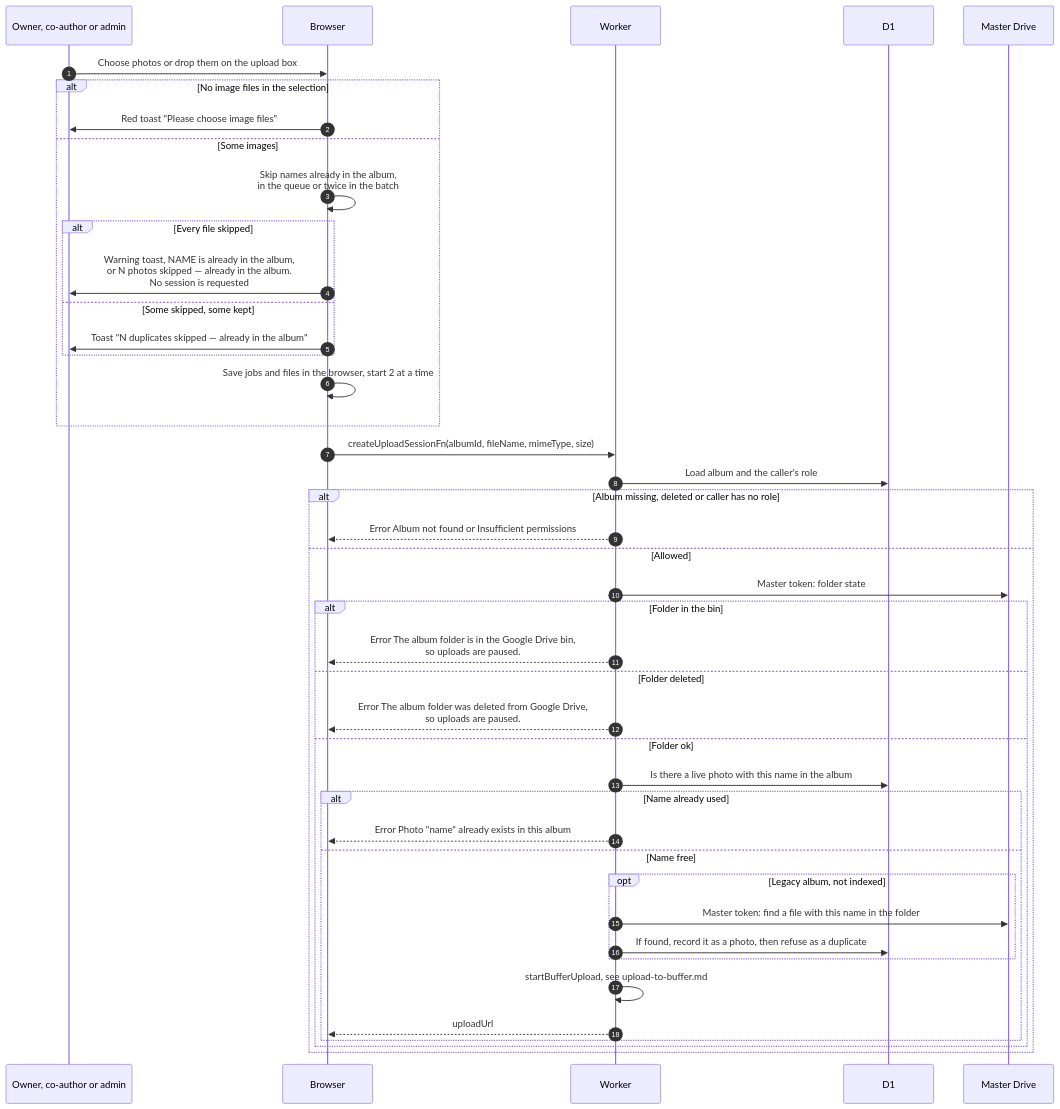
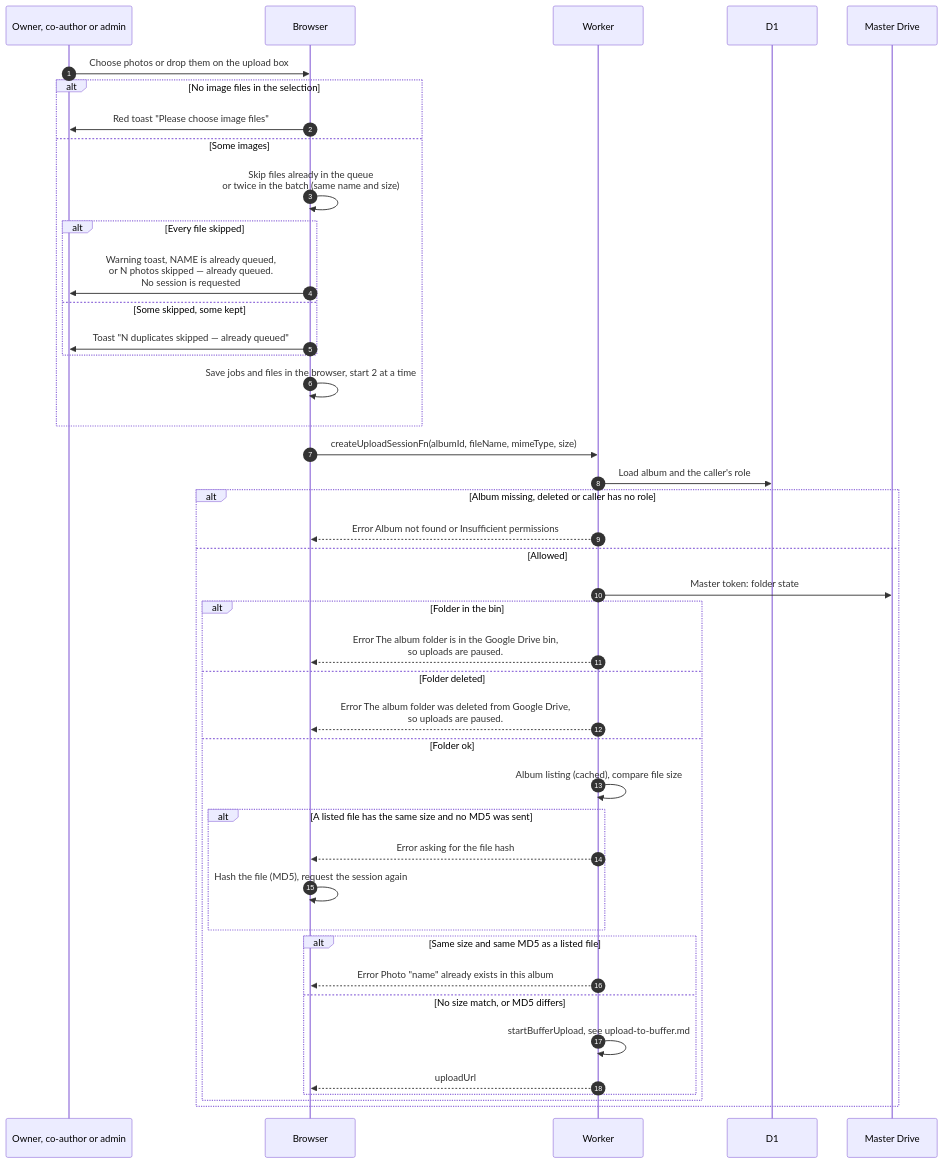
One commit to sagyzdop/meriksirat changed the diagram in docs/scenarios/albums/upload-start.md. Above: the diagram before and after it, drawn with Mermaid. The commit also changed other lines of this file and 11 other files, not shown here.

````diff
--- a/docs/scenarios/albums/upload-start.md
+++ b/docs/scenarios/albums/upload-start.md
@@ -16,45 +16,45 @@
 ```mermaid
 sequenceDiagram
     autonumber
     participant M as Owner, co-author or admin
     participant B as Browser
     participant W as Worker
     participant D as D1
     participant G as Master Drive
     M->>B: Choose photos or drop them on the upload box
     alt No image files in the selection
         B->>M: Red toast "Please choose image files"
     else Some images
-        B->>B: Skip names already in the album,<br/>in the queue or twice in the batch
+        B->>B: Skip files already in the queue<br/>or twice in the batch (same name and size)
         alt Every file skipped
-            B->>M: Warning toast, NAME is already in the album,<br/>or N photos skipped — already in the album.<br/>No session is requested
+            B->>M: Warning toast, NAME is already queued,<br/>or N photos skipped — already queued.<br/>No session is requested
         else Some skipped, some kept
-            B->>M: Toast "N duplicates skipped — already in the album"
+            B->>M: Toast "N duplicates skipped — already queued"
         end
         B->>B: Save jobs and files in the browser, start 2 at a time
     end
     B->>W: createUploadSessionFn(albumId, fileName, mimeType, size)
     W->>D: Load album and the caller's role
     alt Album missing, deleted or caller has no role
         W-->>B: Error Album not found or Insufficient permissions
     else Allowed
         W->>G: Master token: folder state
         alt Folder in the bin
             W-->>B: Error The album folder is in the Google Drive bin,<br/>so uploads are paused.
         else Folder deleted
             W-->>B: Error The album folder was deleted from Google Drive,<br/>so uploads are paused.
         else Folder ok
-            W->>D: Is there a live photo with this name in the album
-            alt Name already used
+            W->>W: Album listing (cached), compare file size
+            alt A listed file has the same size and no MD5 was sent
+                W-->>B: Error asking for the file hash
+                B->>B: Hash the file (MD5), request the session again
+            end
+            alt Same size and same MD5 as a listed file
                 W-->>B: Error Photo "name" already exists in this album
-            else Name free
-                opt Legacy album, not indexed
-                    W->>G: Master token: find a file with this name in the folder
-                    W->>D: If found, record it as a photo, then refuse as a duplicate
-                end
+            else No size match, or MD5 differs
                 W->>W: startBufferUpload, see upload-to-buffer.md
                 W-->>B: uploadUrl
             end
         end
     end
 ```
````
